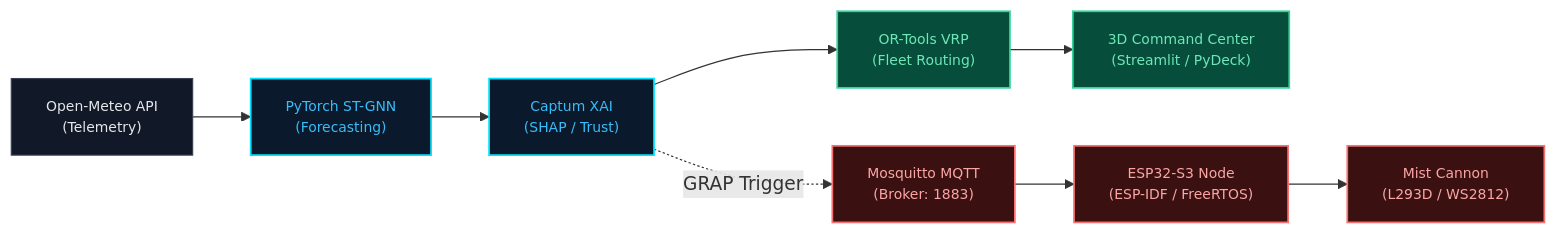
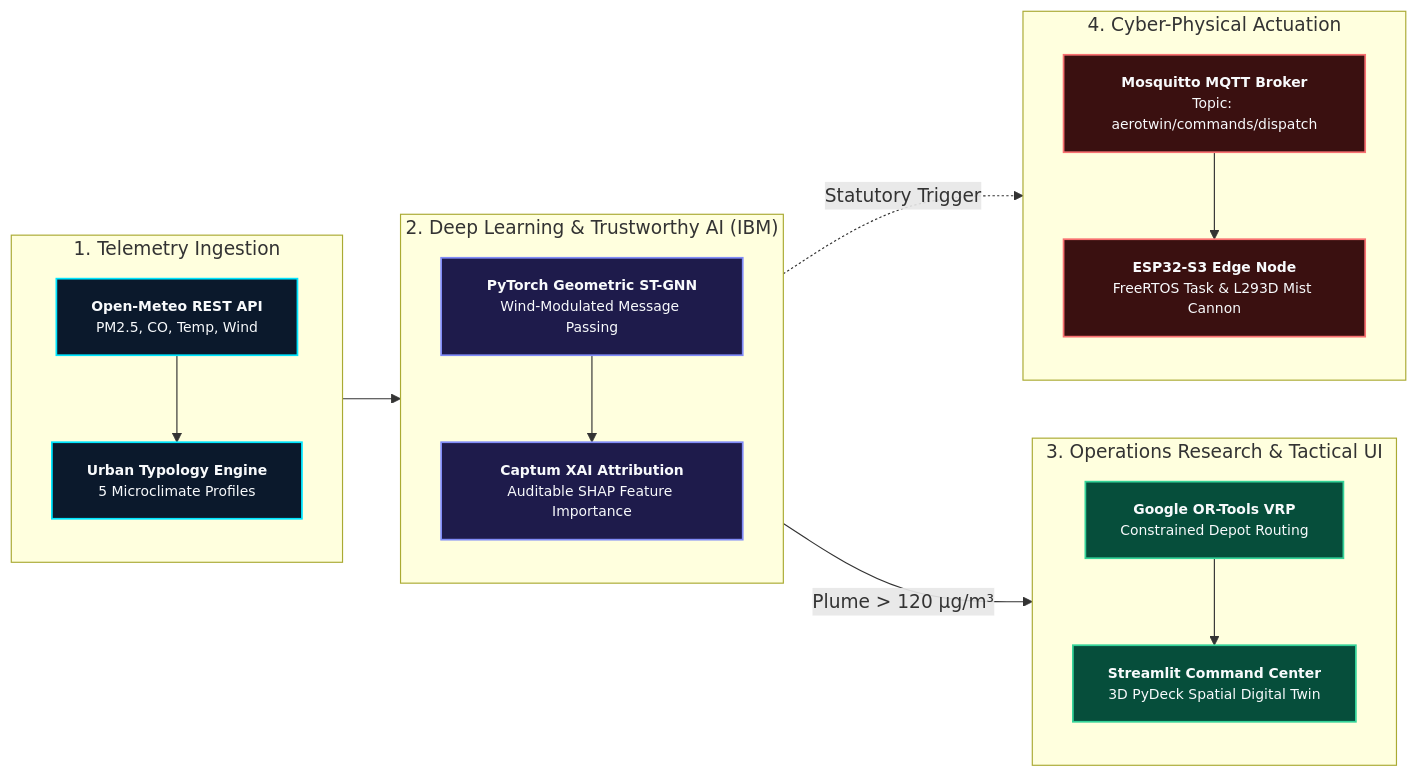
One commit to alfayezahmad/AeroTwin changed the diagram in README.md. Above: the diagram before and after it, drawn with Mermaid. The commit also changed other lines of this file, not shown here.

Commit message:
docs(arch): refine architecture diagram to balanced 4-stage horizontal flow

````diff
--- a/README.md
+++ b/README.md
@@ -50,20 +50,45 @@
 ```mermaid
 flowchart LR
-    A["Open-Meteo API\n(Telemetry)"] --> B["PyTorch ST-GNN\n(Forecasting)"]
-    B --> C["Captum XAI\n(SHAP / Trust)"]
-    C --> D["OR-Tools VRP\n(Fleet Routing)"]
-    D --> E["3D Command Center\n(Streamlit / PyDeck)"]
-    C -.->|GRAP Trigger| F["Mosquitto MQTT\n(Broker: 1883)"]
-    F --> G["ESP32-S3 Node\n(ESP-IDF / FreeRTOS)"]
-    G --> H["Mist Cannon\n(L293D / WS2812)"]
+    subgraph INGEST["1. Telemetry Ingestion"]
+        direction TB
+        A["<b>Open-Meteo REST API</b><br/>PM2.5, CO, Temp, Wind"]
+        B["<b>Urban Typology Engine</b><br/>5 Microclimate Profiles"]
+        A --> B
+    end
 
-    classDef default fill:#111827,stroke:#374151,color:#e5e7eb,font-size:12px;
-    classDef ai fill:#0b192c,stroke:#00e5ff,color:#38bdf8,stroke-width:1.5px;
-    classDef ops fill:#064e3b,stroke:#34d399,color:#6ee7b7,stroke-width:1.5px;
-    classDef edge fill:#3a1010,stroke:#f87171,color:#fca5a5,stroke-width:1.5px;
+    subgraph AI["2. Deep Learning & Trustworthy AI (IBM)"]
+        direction TB
+        C["<b>PyTorch Geometric ST-GNN</b><br/>Wind-Modulated Message Passing"]
+        D["<b>Captum XAI Attribution</b><br/>Auditable SHAP Feature Importance"]
+        C --> D
+    end
 
-    class A default;
-    class B,C ai;
-    class D,E ops;
-    class F,G,H edge;
+    subgraph COMMAND["3. Operations Research & Tactical UI"]
+        direction TB
+        E["<b>Google OR-Tools VRP</b><br/>Constrained Depot Routing"]
+        F["<b>Streamlit Command Center</b><br/>3D PyDeck Spatial Digital Twin"]
+        E --> F
+    end
+
+    subgraph EDGE["4. Cyber-Physical Actuation"]
+        direction TB
+        G["<b>Mosquitto MQTT Broker</b><br/>Topic: aerotwin/commands/dispatch"]
+        H["<b>ESP32-S3 Edge Node</b><br/>FreeRTOS Task & L293D Mist Cannon"]
+        G --> H
+    end
+
+    B --> C
+    D -->|Plume > 120 µg/m³| E
+    D -.->|Statutory Trigger| G
+
+    classDef default fill:#0f172a,stroke:#334155,color:#e2e8f0,font-size:12px;
+    classDef ingest fill:#0b192c,stroke:#00e5ff,stroke-width:1.5px,color:#f8fafc;
+    classDef aiStyle fill:#1e1b4b,stroke:#818cf8,stroke-width:1.5px,color:#f8fafc;
+    classDef opsStyle fill:#064e3b,stroke:#34d399,stroke-width:1.5px,color:#f8fafc;
+    classDef edgeStyle fill:#3a1010,stroke:#f87171,stroke-width:1.5px,color:#f8fafc;
+
+    class A,B ingest;
+    class C,D aiStyle;
+    class E,F opsStyle;
+    class G,H edgeStyle;
 ```
````
